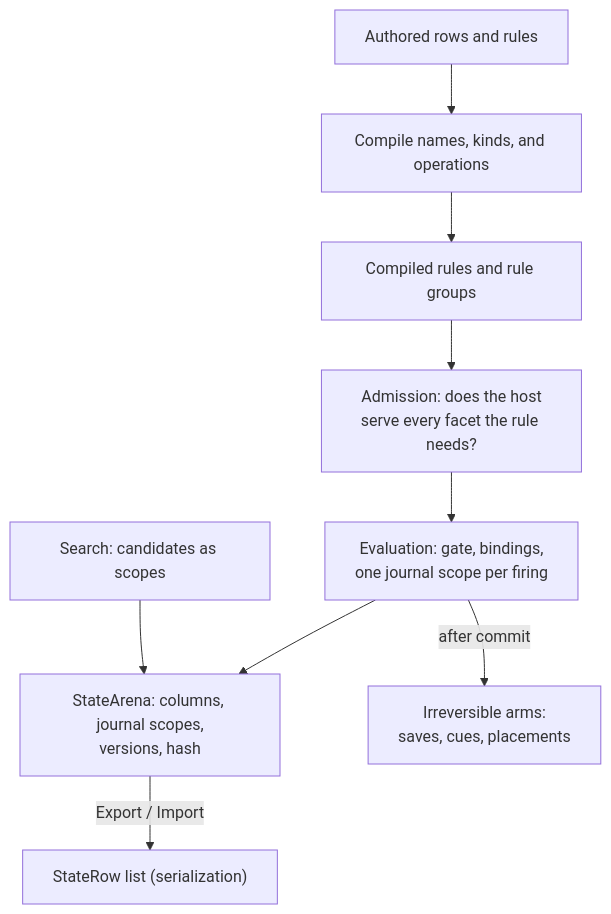
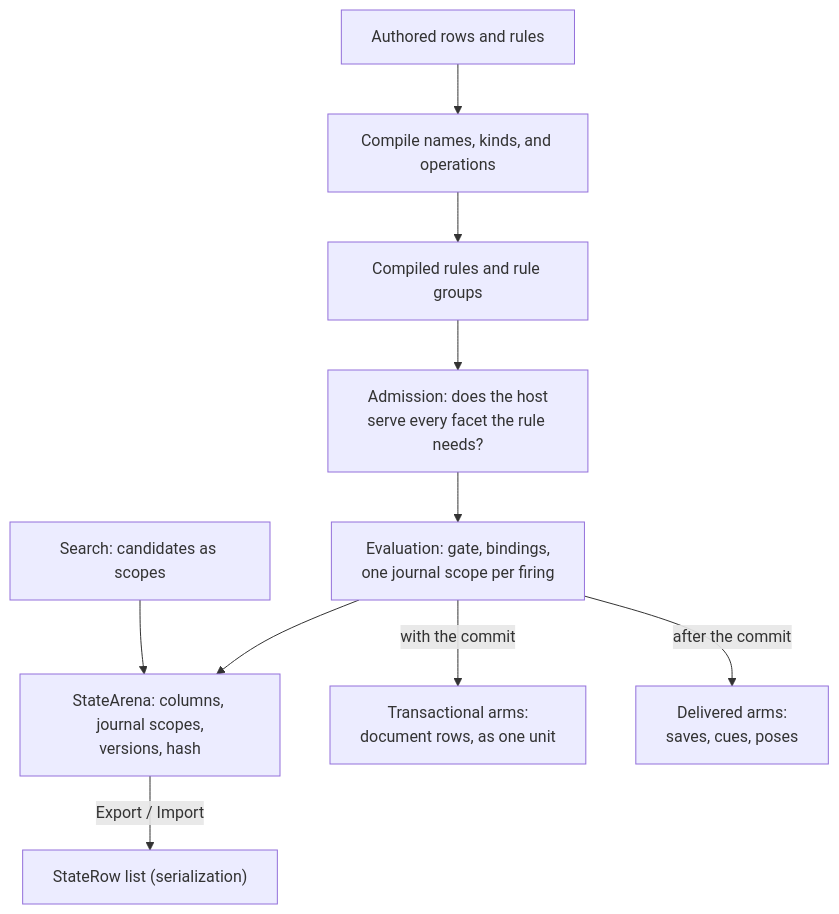
Before and after one commit to ByteTerrace/Puck: the diagram in docs/reference/state.md, drawn with Mermaid. The commit also changed other lines of this file and 990 other files, not shown here.

````diff
--- a/docs/reference/state.md
+++ b/docs/reference/state.md
@@ -24,11 +25,12 @@
 ```mermaid
 flowchart TB
     Author["Authored rows and rules"] --> Compile["Compile names, kinds, and operations"]
     Compile --> Rules["Compiled rules and rule groups"]
     Rules --> Admit["Admission: does the host<br/>serve every facet the rule needs?"]
     Admit --> Evaluate["Evaluation: gate, bindings,<br/>one journal scope per firing"]
     Evaluate --> Arena["StateArena: columns, journal scopes,<br/>versions, hash"]
     Arena -- "Export / Import" --> Document["StateRow list (serialization)"]
-    Evaluate -- "after commit" --> Outward["Irreversible arms:<br/>saves, cues, placements"]
+    Evaluate -- "with the commit" --> Unit["Transactional arms:<br/>document rows, as one unit"]
+    Evaluate -- "after the commit" --> Outward["Delivered arms:<br/>saves, cues, poses"]
     Search["Search: candidates as scopes"] --> Arena
 ```
````
